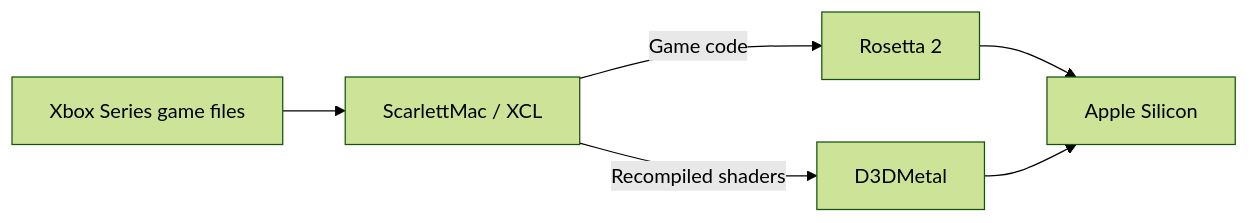
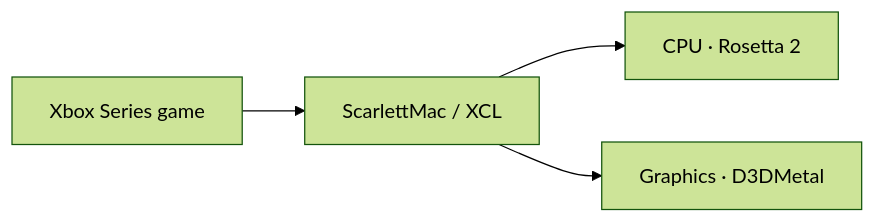
One commit to AeroUp/ScarlettMac changed the diagram in README.md. Above: the diagram before and after it, drawn with Mermaid (forest theme). The commit also changed other lines of this file and 3 other files, not shown here.

````diff
--- a/README.md
+++ b/README.md
@@ -12,8 +24,6 @@
 ```mermaid
 flowchart LR
-    Game["Xbox Series game files"] --> XCL["ScarlettMac / XCL"]
-    XCL --> |Game code| CPU["Rosetta 2"]
-    XCL --> |Recompiled shaders| GPU["D3DMetal"]
-    CPU --> Mac["Apple Silicon"]
-    GPU --> Mac
+    Game["Xbox Series game"] --> XCL["ScarlettMac / XCL"]
+    XCL --> CPU["CPU · Rosetta 2"]
+    XCL --> GPU["Graphics · D3DMetal"]
 ```
````
